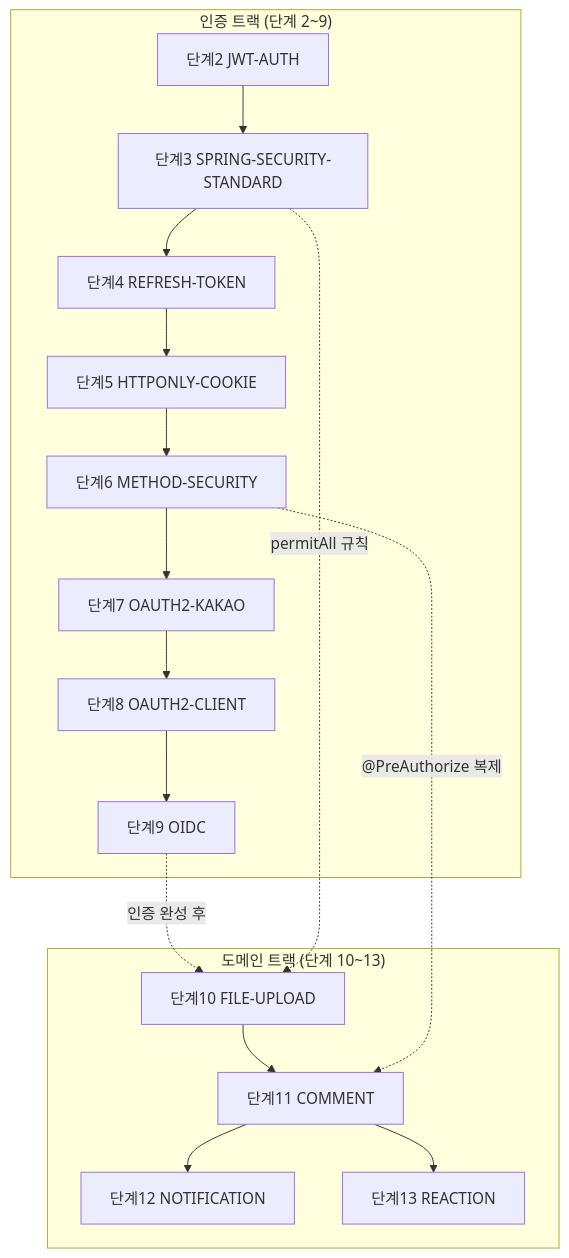
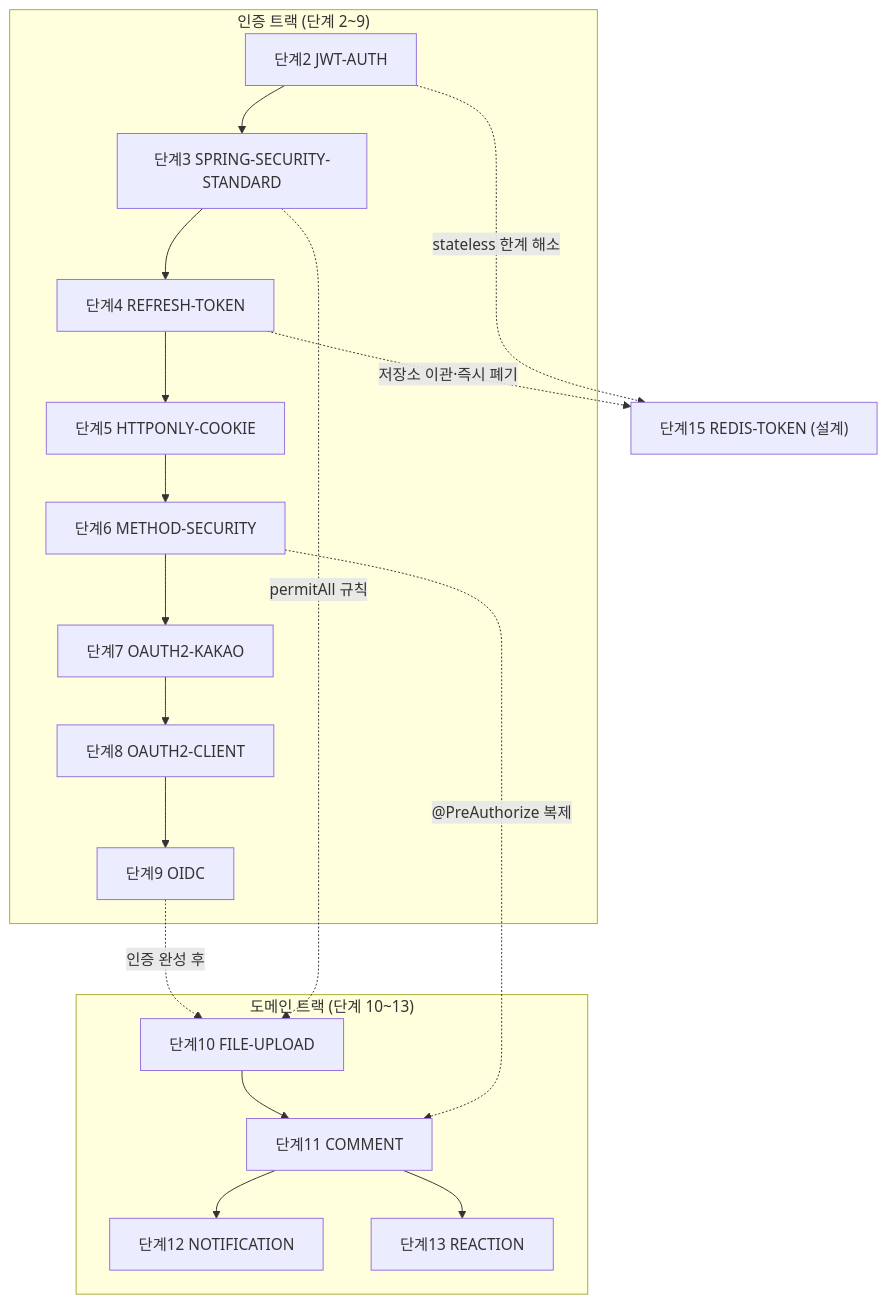
Before and after one commit to icesnake72/boards: the diagram in docs/lecture/000-MOC.md, drawn with Mermaid. The commit also changed other lines of this file and 1 other file, not shown here.

Commit message:
docs: 단계 15 설계안 — Redis 토큰 저장소 (REDIS-TOKEN.md)
refresh token을 MySQL→Redis(TTL 2키 스키마)로 이관하고 access token
denylist(jti+잔여 TTL)로 즉시 폐기를 도입하는 설계. 저장소 인터페이스화
(InMemory 테스트 대체 — H2 패턴 재현), fail-closed 결정, compose redis
서비스(maxmemory 64mb·noeviction·비공개), 외부 API 무변경, 구현 순서
로드맵 포함. MOC §1 지도·§2 목차에 단계 15(설계) 연결. 코드 무변경.

````diff
--- a/docs/lecture/000-MOC.md
+++ b/docs/lecture/000-MOC.md
@@ -18,20 +18,22 @@
 ```mermaid
 flowchart TD
   subgraph AUTH["인증 트랙 (단계 2~9)"]
     JWT["단계2 JWT-AUTH"] --> STD["단계3 SPRING-SECURITY-STANDARD"]
     STD --> RT["단계4 REFRESH-TOKEN"]
     RT --> COOKIE["단계5 HTTPONLY-COOKIE"]
     COOKIE --> MS["단계6 METHOD-SECURITY"]
     MS --> KAKAO["단계7 OAUTH2-KAKAO"]
     KAKAO --> CLIENT["단계8 OAUTH2-CLIENT"]
     CLIENT --> OIDC["단계9 OIDC"]
   end
   subgraph DOMAIN["도메인 트랙 (단계 10~13)"]
     FILE["단계10 FILE-UPLOAD"] --> COMMENT["단계11 COMMENT"]
     COMMENT --> NOTI["단계12 NOTIFICATION"]
     COMMENT --> REACT["단계13 REACTION"]
   end
+  RT -.->|"저장소 이관·즉시 폐기"| REDIS["단계15 REDIS-TOKEN (설계)"]
+  JWT -.->|"stateless 한계 해소"| REDIS
   OIDC -.->|"인증 완성 후"| FILE
   STD -.->|"permitAll 규칙"| FILE
   MS -.->|"@PreAuthorize 복제"| COMMENT
 ```
````
